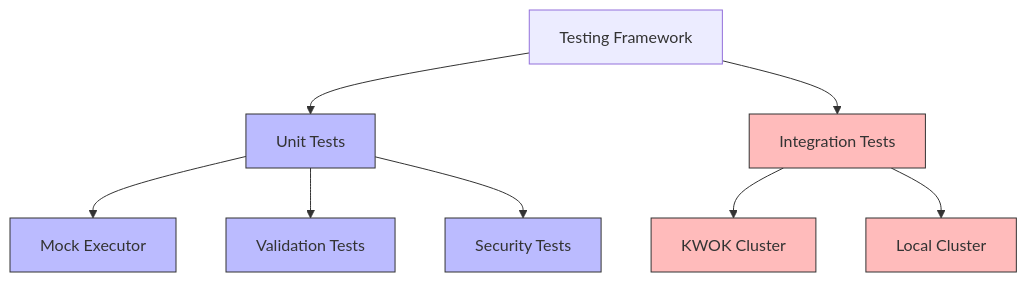
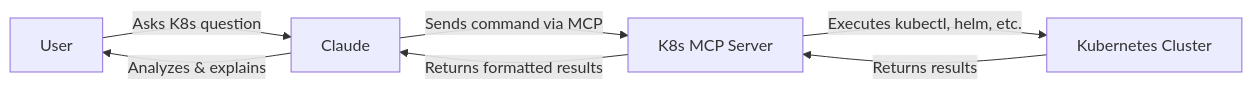
The first of 2 diagrams in README.md (apecloud/mcp-k8s), drawn with Mermaid before and after one commit. The commit also changed other lines of this file and 2 other files, not shown here.

````diff
--- a/README.md
+++ b/README.md
@@ -391,16 +23,9 @@
 ```mermaid
-flowchart TD
-    A[Testing Framework] --> B[Unit Tests]
-    A --> C[Integration Tests]
-    B --> D[Mock Executor]
-    B --> E[Validation Tests]
-    B --> F[Security Tests]
-    C --> G[KWOK Cluster]
-    C --> H[Local Cluster]
-    
-    classDef unit fill:#bbf,stroke:#333,stroke-width:1px
-    classDef integ fill:#fbb,stroke:#333,stroke-width:1px
-    
-    class B,D,E,F unit
-    class C,G,H integ
+flowchart LR
+    A[User] --> |Asks K8s question| B[Claude]
+    B --> |Sends command via MCP| C[K8s MCP Server]
+    C --> |Executes kubectl, helm, etc.| D[Kubernetes Cluster]
+    D --> |Returns results| C
+    C --> |Returns formatted results| B
+    B --> |Analyzes & explains| A
 ```
````
